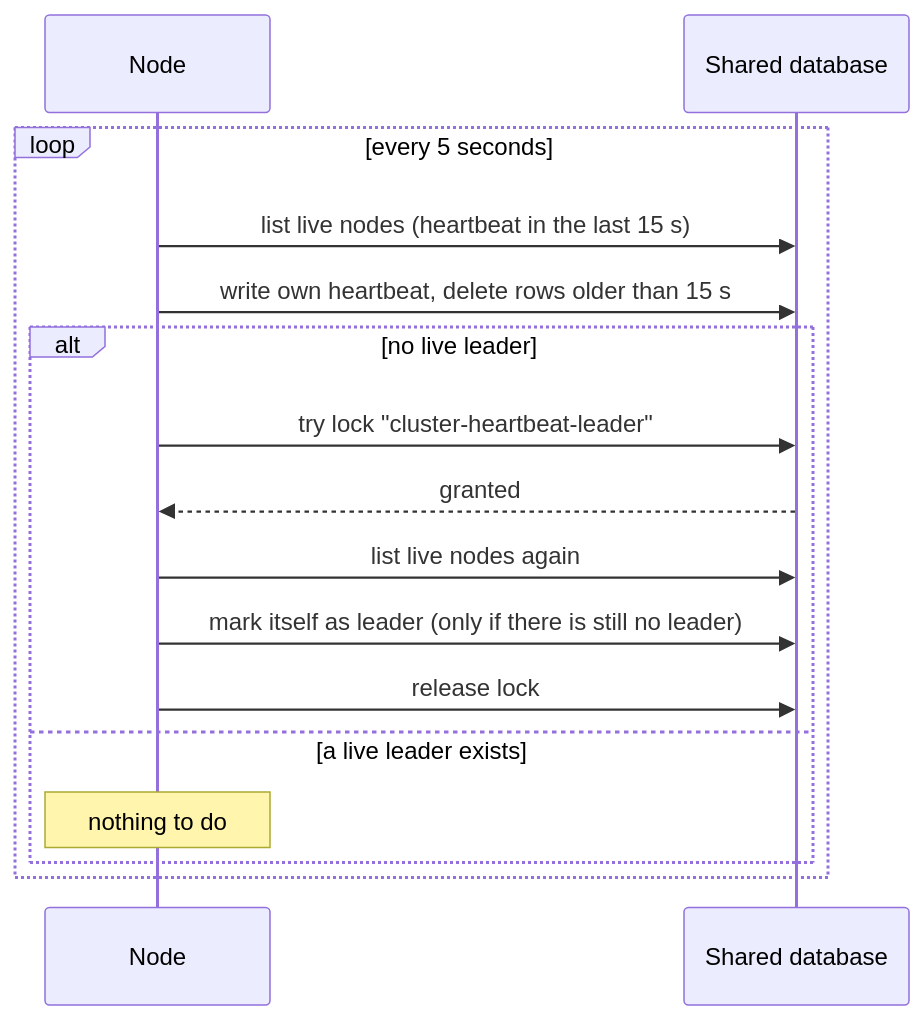
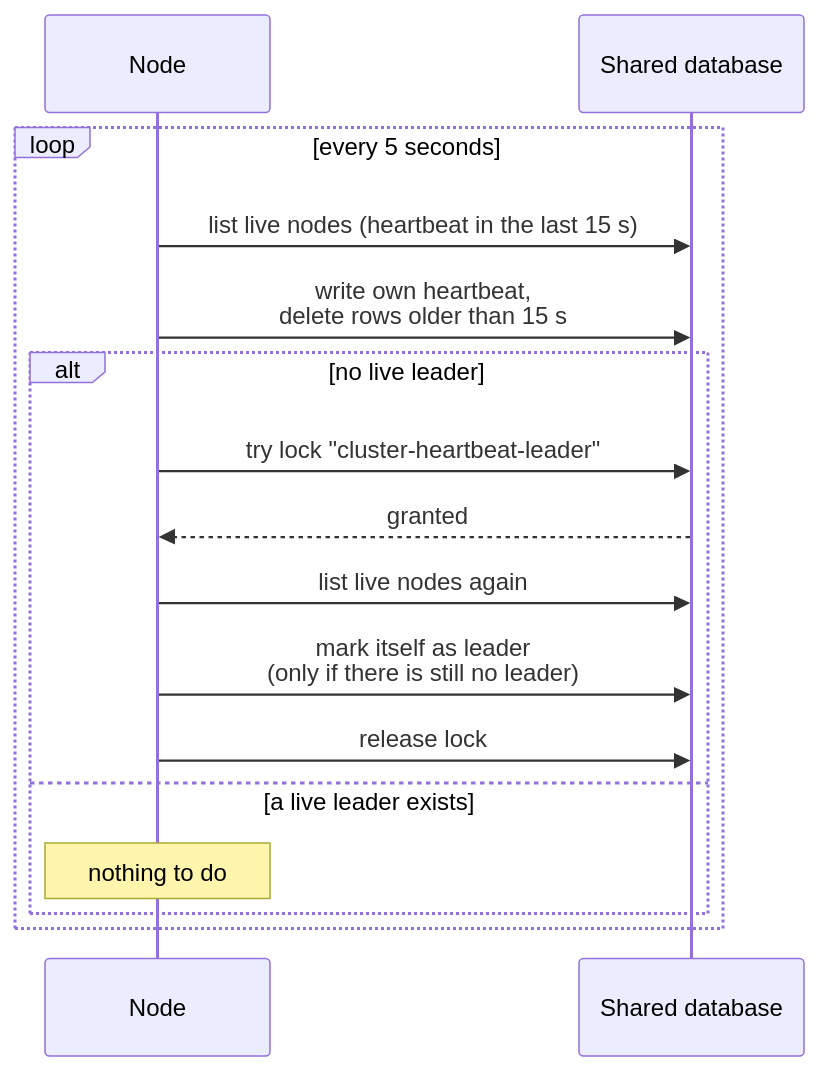
The third of 3 diagrams in documentation/docs/installation/cluster_coordination.md (Cosmian/kms), drawn with Mermaid before and after one commit. The commit also changed other lines of this file and 2 other files, not shown here.

First line of the commit message:
docs: wrap the Mermaid labels to the repository width limits (#1366)

````diff
--- a/documentation/docs/installation/cluster_coordination.md
+++ b/documentation/docs/installation/cluster_coordination.md
@@ -95,19 +95,19 @@
 ```mermaid
 sequenceDiagram
     participant N as Node
     participant DB as Shared database
 
     loop every 5 seconds
         N->>DB: list live nodes (heartbeat in the last 15 s)
-        N->>DB: write own heartbeat, delete rows older than 15 s
+        N->>DB: write own heartbeat,<br/>delete rows older than 15 s
         alt no live leader
             N->>DB: try lock "cluster-heartbeat-leader"
             DB-->>N: granted
             N->>DB: list live nodes again
-            N->>DB: mark itself as leader (only if there is still no leader)
+            N->>DB: mark itself as leader<br/>(only if there is still no leader)
             N->>DB: release lock
         else a live leader exists
             Note over N: nothing to do
         end
     end
 ```
````
